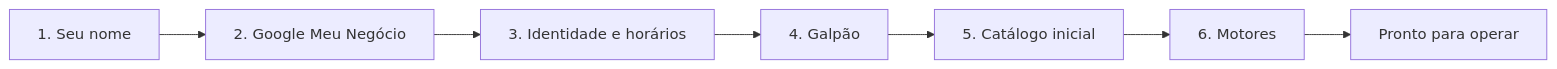
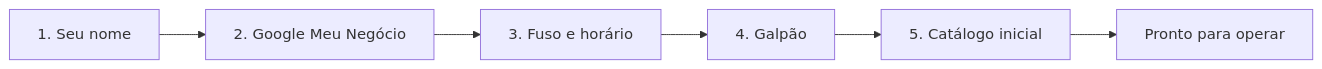
The diagram in primeiros-passos/configurando-sua-empresa.md (LocFlowTeam/locflow-docs), drawn with Mermaid before and after one commit. The commit also changed other lines of this file and 15 other files, not shown here.

````diff
--- a/primeiros-passos/configurando-sua-empresa.md
+++ b/primeiros-passos/configurando-sua-empresa.md
@@ -16,6 +16,6 @@
 ```mermaid
 flowchart LR
-    N[1. Seu nome] --> G[2. Google Meu Negócio] --> I[3. Identidade e horários]
-    I --> GA[4. Galpão] --> C[5. Catálogo inicial] --> M[6. Motores]
-    M --> OK[Pronto para operar]
+    N[1. Seu nome] --> G[2. Google Meu Negócio] --> I[3. Fuso e horário]
+    I --> GA[4. Galpão] --> C[5. Catálogo inicial]
+    C --> OK[Pronto para operar]
 ```
````
